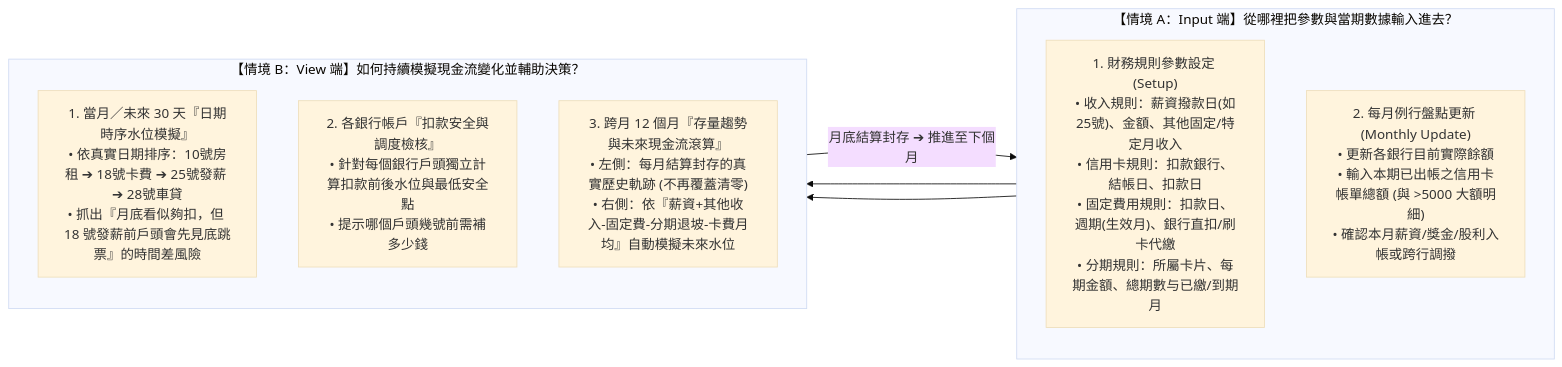
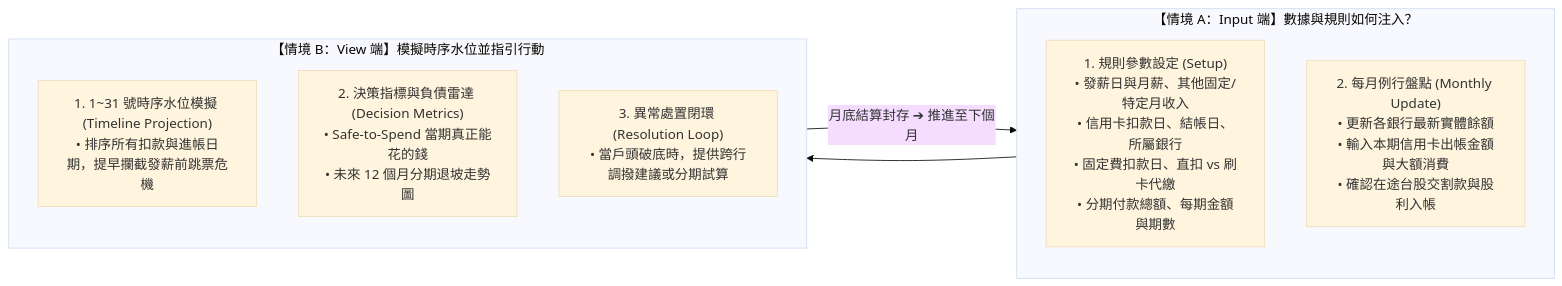
One commit to wiskinglin/wiskinglin.github.io changed the second of 2 diagrams in pocketmoney/SCENARIOS.md. Above: the diagram before and after it, drawn with Mermaid (base theme). The commit also changed other lines of this file and 85 other files, not shown here.

````diff
--- a/pocketmoney/SCENARIOS.md
+++ b/pocketmoney/SCENARIOS.md
@@ -24,19 +141,18 @@
 ```mermaid
 flowchart LR
-    subgraph INPUT ["【情境 A：Input 端】從哪裡把參數與當期數據輸入進去？"]
+    subgraph INPUT ["【情境 A：Input 端】數據與規則如何注入？"]
         direction TB
-        I1["1. 財務規則參數設定 (Setup)\n• 收入規則：薪資撥款日(如25號)、金額、其他固定/特定月收入\n• 信用卡規則：扣款銀行、結帳日、扣款日\n• 固定費用規則：扣款日、週期(生效月)、銀行直扣/刷卡代繳\n• 分期規則：所屬卡片、每期金額、總期數与已繳/到期月"]
-        I2["2. 每月例行盤點更新 (Monthly Update)\n• 更新各銀行目前實際餘額\n• 輸入本期已出帳之信用卡帳單總額 (與 >5000 大額明細)\n• 確認本月薪資/獎金/股利入帳或跨行調撥"]
+        I1["1. 規則參數設定 (Setup)\n• 發薪日與月薪、其他固定/特定月收入\n• 信用卡扣款日、結帳日、所屬銀行\n• 固定費扣款日、直扣 vs 刷卡代繳\n• 分期付款總額、每期金額與期數"]
+        I2["2. 每月例行盤點 (Monthly Update)\n• 更新各銀行最新實體餘額\n• 輸入本期信用卡出帳金額與大額消費\n• 確認在途台股交割款與股利入帳"]
     end
 
-    subgraph VIEW ["【情境 B：View 端】如何持續模擬現金流變化並輔助決策？"]
+    subgraph VIEW ["【情境 B：View 端】模擬時序水位並指引行動"]
         direction TB
-        V1["1. 當月／未來 30 天『日期時序水位模擬』\n• 依真實日期排序：10號房租 ➔ 18號卡費 ➔ 25號發薪 ➔ 28號車貸\n• 抓出『月底看似夠扣，但 18 號發薪前戶頭會先見底跳票』的時間差風險"]
-        V2["2. 各銀行帳戶『扣款安全與調度檢核』\n• 針對每個銀行戶頭獨立計算扣款前後水位與最低安全點\n• 提示哪個戶頭幾號前需補多少錢"]
-        V3["3. 跨月 12 個月『存量趨勢與未來現金流滾算』\n• 左側：每月結算封存的真實歷史軌跡 (不再覆蓋清零)\n• 右側：依『薪資+其他收入-固定費-分期退坡-卡費月均』自動模擬未來水位"]
+        V1["1. 1~31 號時序水位模擬 (Timeline Projection)\n• 排序所有扣款與進帳日期，提早攔截發薪前跳票危機"]
+        V2["2. 決策指標與負債雷達 (Decision Metrics)\n• Safe-to-Spend 當期真正能花的錢\n• 未來 12 個月分期退坡走勢圖"]
+        V3["3. 異常處置閉環 (Resolution Loop)\n• 當戶頭破底時，提供跨行調撥建議或分期試算"]
     end
 
-    I1 --> VIEW
-    I2 --> VIEW
-    VIEW -->|"月底結算封存 ➔ 推進至下個月"| I2
+    INPUT --> VIEW
+    VIEW -->|"月底結算封存 ➔ 推進至下個月"| INPUT
 ```
````
